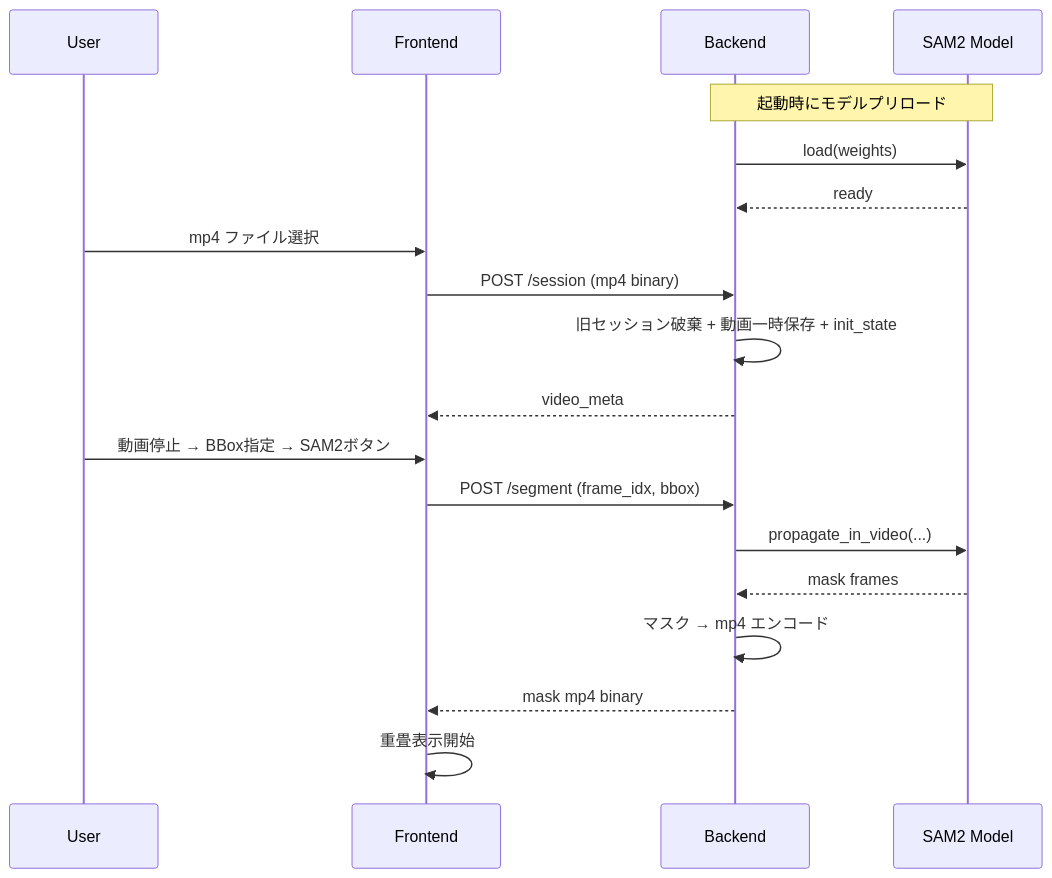
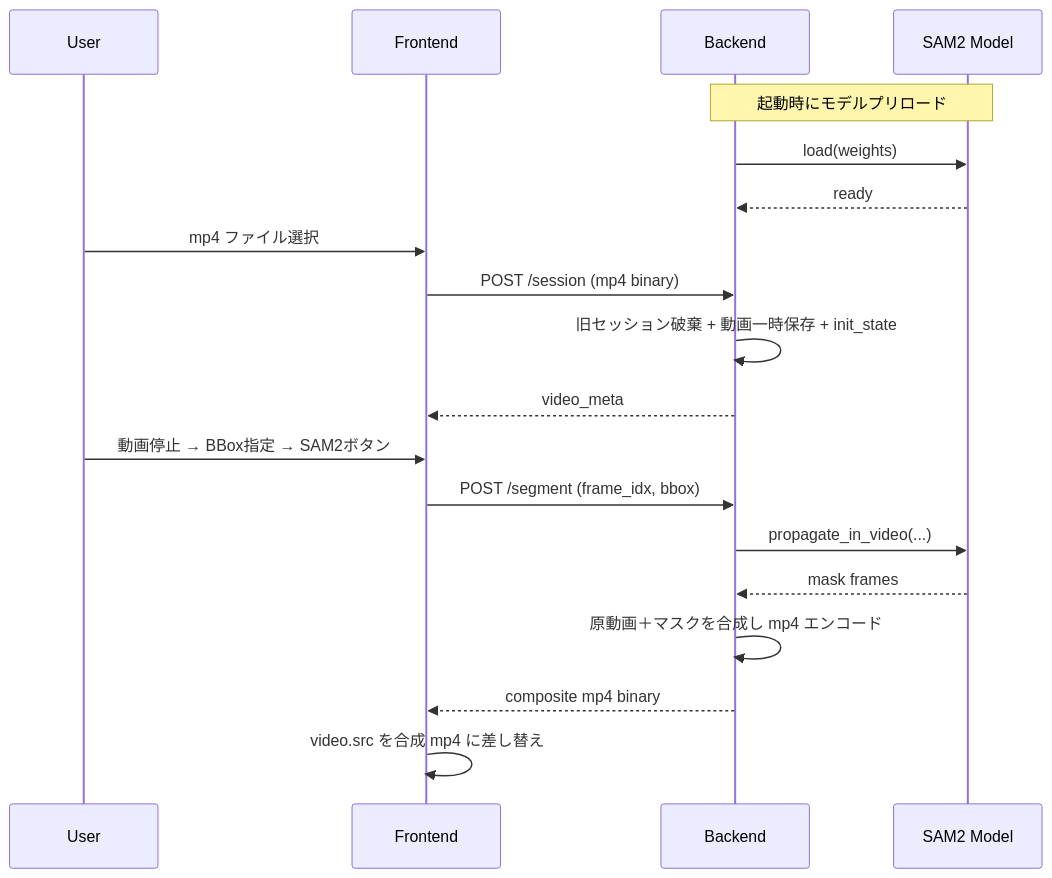
Before and after one commit to kanosawa/omnimatte-editor: the second of 2 diagrams in docs/spec/02-architecture.md, drawn with Mermaid. The commit also changed other lines of this file and 10 other files, not shown here.

````diff
--- a/docs/spec/02-architecture.md
+++ b/docs/spec/02-architecture.md
@@ -139,24 +140,24 @@
 ```mermaid
 sequenceDiagram
     participant U as User
     participant FE as Frontend
     participant BE as Backend
     participant M as SAM2 Model
 
     Note over BE,M: 起動時にモデルプリロード
     BE->>M: load(weights)
     M-->>BE: ready
 
     U->>FE: mp4 ファイル選択
     FE->>BE: POST /session (mp4 binary)
     BE->>BE: 旧セッション破棄 + 動画一時保存 + init_state
     BE-->>FE: video_meta
 
     U->>FE: 動画停止 → BBox指定 → SAM2ボタン
     FE->>BE: POST /segment (frame_idx, bbox)
     BE->>M: propagate_in_video(...)
     M-->>BE: mask frames
-    BE->>BE: マスク → mp4 エンコード
-    BE-->>FE: mask mp4 binary
-    FE->>FE: 重畳表示開始
+    BE->>BE: 原動画＋マスクを合成し mp4 エンコード
+    BE-->>FE: composite mp4 binary
+    FE->>FE: video.src を合成 mp4 に差し替え
 ```
````
